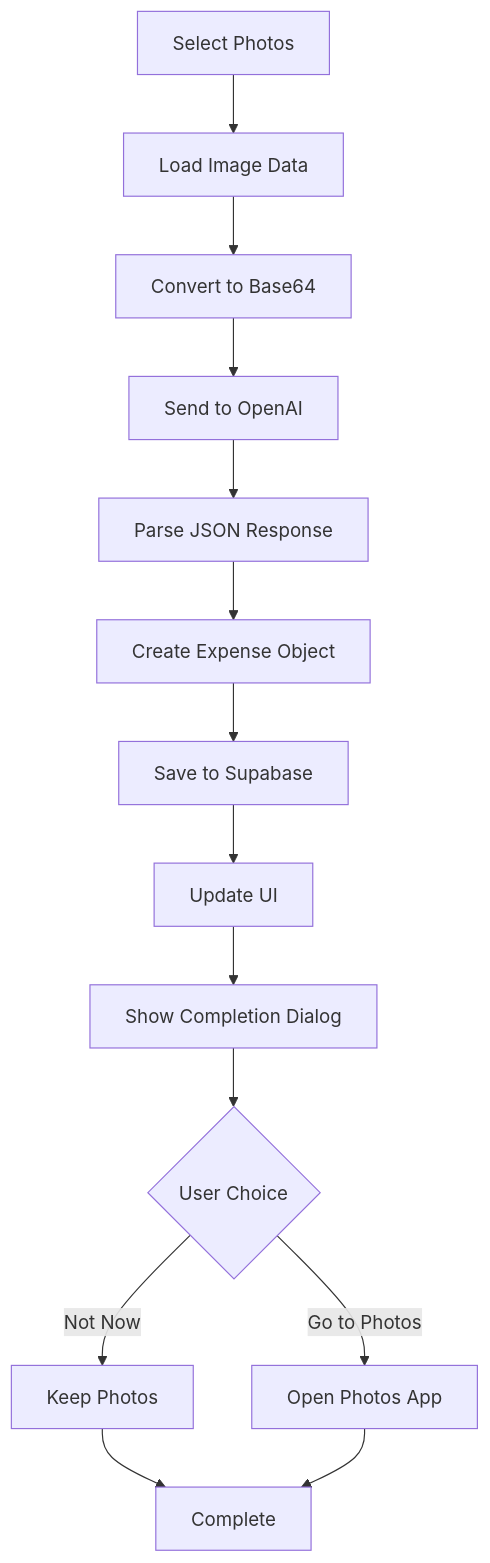
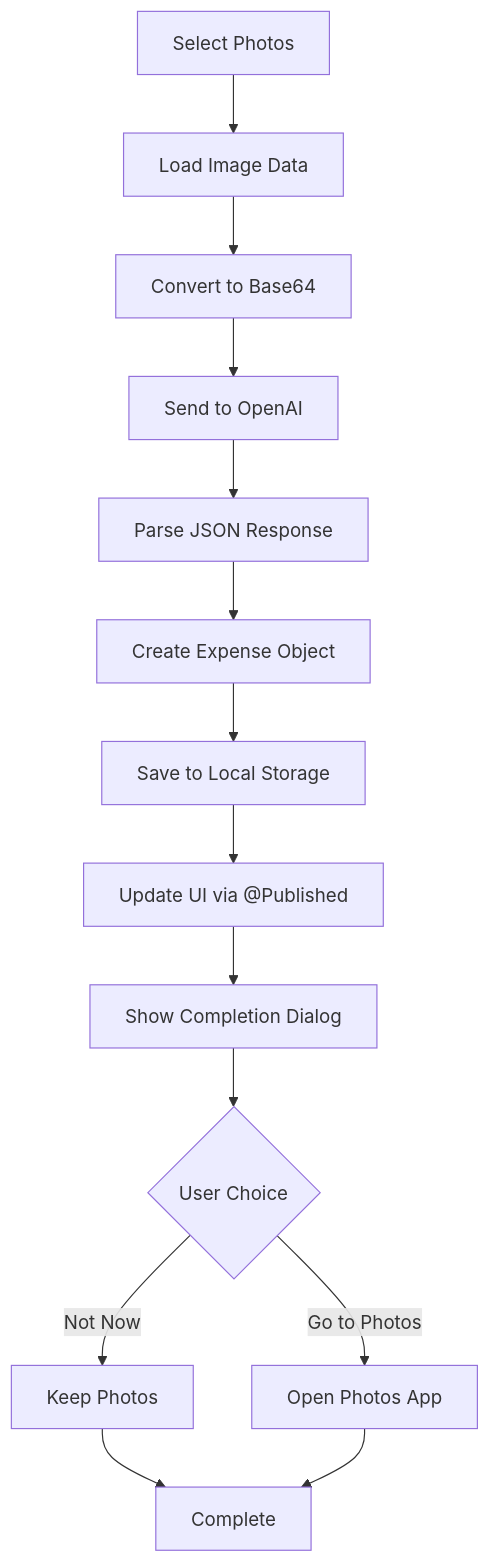
Before and after one commit to arpithpm/expense-manager: the second of 3 diagrams in DOCUMENTATION.md, drawn with Mermaid. The commit also changed other lines of this file and 9 other files, not shown here.

````diff
--- a/DOCUMENTATION.md
+++ b/DOCUMENTATION.md
@@ -570,16 +484,16 @@
 ```mermaid
 graph TD
     A[Select Photos] --> B[Load Image Data]
     B --> C[Convert to Base64]
     C --> D[Send to OpenAI]
     D --> E[Parse JSON Response]
     E --> F[Create Expense Object]
-    F --> G[Save to Supabase]
-    G --> H[Update UI]
+    F --> G[Save to Local Storage]
+    G --> H[Update UI via @Published]
     H --> I[Show Completion Dialog]
     I --> J{User Choice}
     J -->|Not Now| K[Keep Photos]
     J -->|Go to Photos| L[Open Photos App]
     K --> M[Complete]
     L --> M
 ```
````
